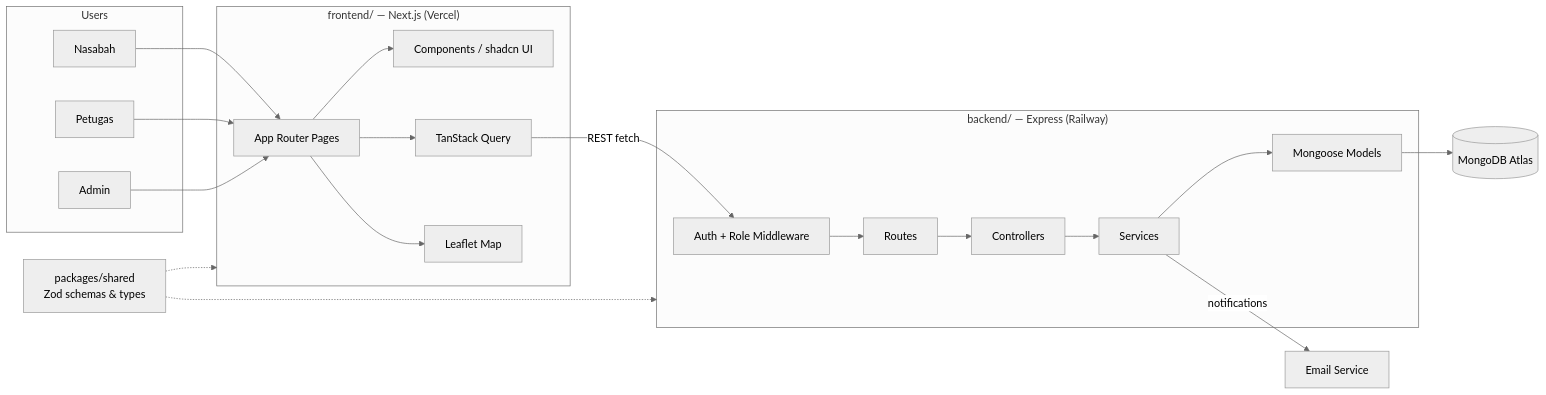
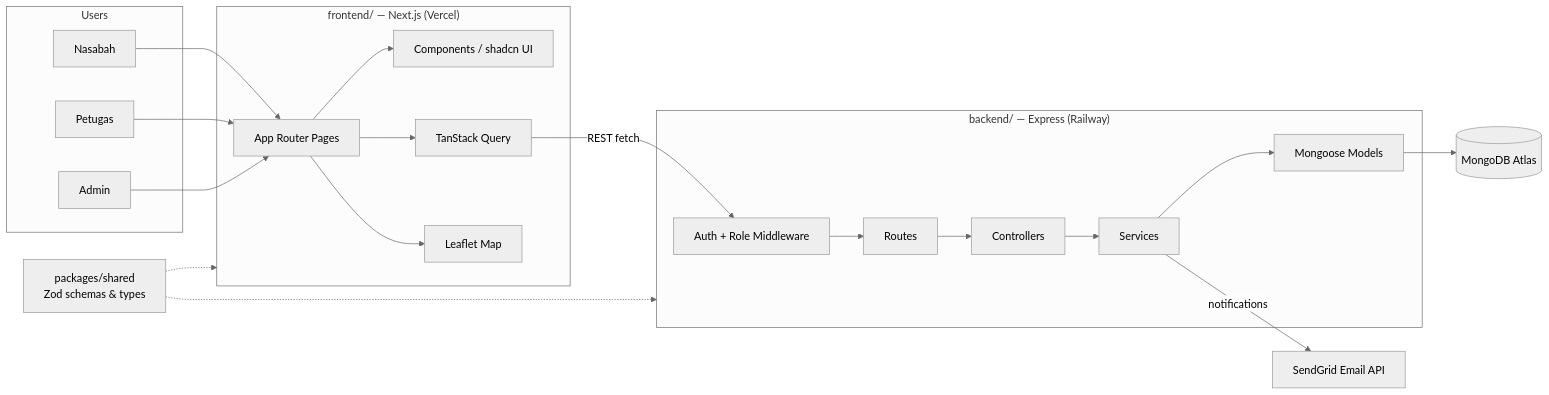
Before and after one commit to nael0407/US4-Bank-Sampah: the first of 3 diagrams in docs/architecture.md, drawn with Mermaid (neutral theme). The commit also changed other lines of this file, not shown here.

Commit message:
docs(architecture): switch email provider to sendgrid in english doc

````diff
--- a/docs/architecture.md
+++ b/docs/architecture.md
@@ -11,40 +11,40 @@
 ```mermaid
 flowchart LR
     subgraph Users
         N[Nasabah]
         PT[Petugas]
         A[Admin]
     end
 
     subgraph FE["frontend/ — Next.js (Vercel)"]
         UI[App Router Pages]
         Comp[Components / shadcn UI]
         RQ[TanStack Query]
         MAP[Leaflet Map]
     end
 
     subgraph BE["backend/ — Express (Railway)"]
         MW[Auth + Role Middleware]
         RT[Routes]
         CT[Controllers]
         SV[Services]
         MD[Mongoose Models]
     end
 
     DB[(MongoDB Atlas)]
-    MAIL[Email Service]
+    MAIL[SendGrid Email API]
     SH["packages/shared\nZod schemas & types"]
 
     N --> UI
     PT --> UI
     A --> UI
     UI --> Comp
     UI --> RQ
     UI --> MAP
     RQ -->|REST fetch| MW
     MW --> RT --> CT --> SV --> MD --> DB
     SV -->|notifications| MAIL
 
     SH -.-> FE
     SH -.-> BE
 ```
````
